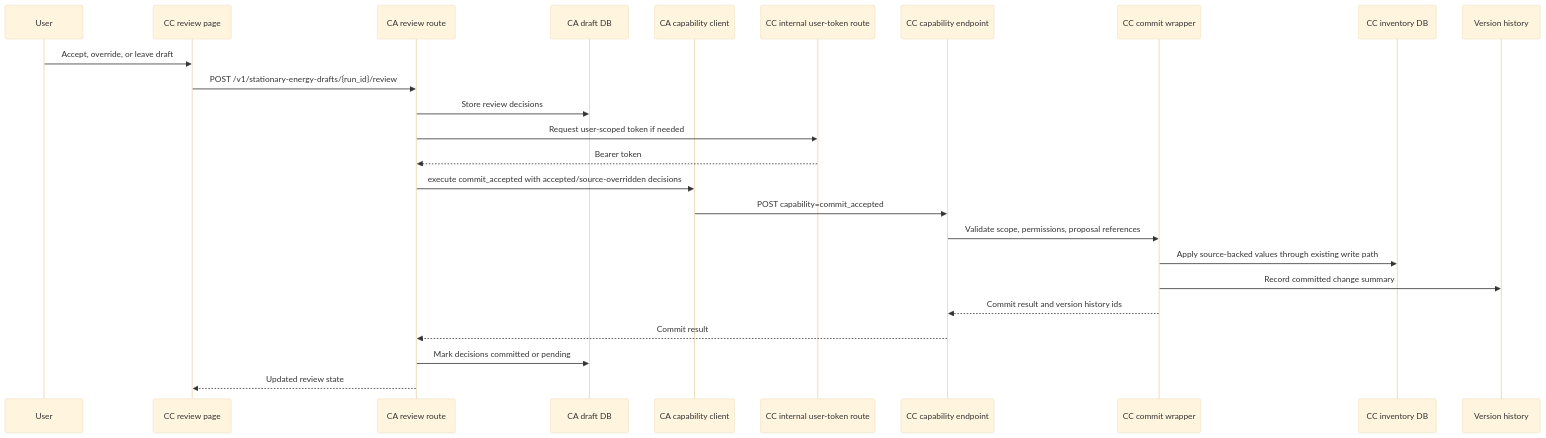
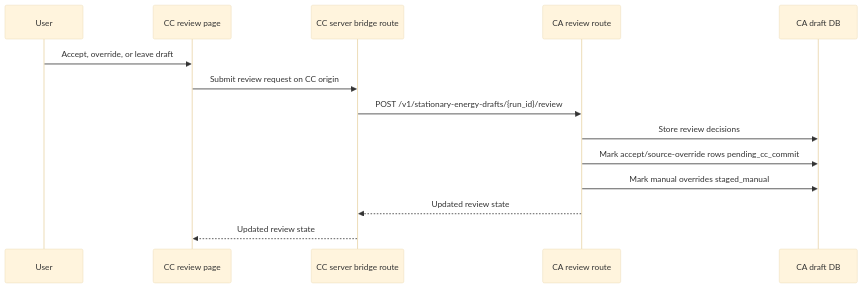
Before and after one commit to Open-Earth-Foundation/CityCatalyst: the third of 6 diagrams in docs/plan.md, drawn with Mermaid (base theme). The commit also changed other lines of this file and 31 other files, not shown here.

Commit message:
Add Stationary Energy draft workflow in CA

````diff
--- a/docs/plan.md
+++ b/docs/plan.md
@@ -362,28 +392,17 @@
 ```mermaid
 sequenceDiagram
   participant User
   participant CCReview as CC review page
+  participant CCRoute as CC server bridge route
   participant CA as CA review route
   participant CADB as CA draft DB
-  participant CCClient as CA capability client
-  participant CCToken as CC internal user-token route
-  participant CCCap as CC capability endpoint
-  participant Commit as CC commit wrapper
-  participant CCDB as CC inventory DB
-  participant History as Version history
 
   User->>CCReview: Accept, override, or leave draft
-  CCReview->>CA: POST /v1/stationary-energy-drafts/{run_id}/review
+  CCReview->>CCRoute: Submit review request on CC origin
+  CCRoute->>CA: POST /v1/stationary-energy-drafts/{run_id}/review
   CA->>CADB: Store review decisions
-  CA->>CCToken: Request user-scoped token if needed
-  CCToken-->>CA: Bearer token
-  CA->>CCClient: execute commit_accepted with accepted/source-overridden decisions
-  CCClient->>CCCap: POST capability=commit_accepted
-  CCCap->>Commit: Validate scope, permissions, proposal references
-  Commit->>CCDB: Apply source-backed values through existing write path
-  Commit->>History: Record committed change summary
-  Commit-->>CCCap: Commit result and version history ids
-  CCCap-->>CA: Commit result
-  CA->>CADB: Mark decisions committed or pending
-  CA-->>CCReview: Updated review state
+  CA->>CADB: Mark accept/source-override rows pending_cc_commit
+  CA->>CADB: Mark manual overrides staged_manual
+  CA-->>CCRoute: Updated review state
+  CCRoute-->>CCReview: Updated review state
 ```
````
